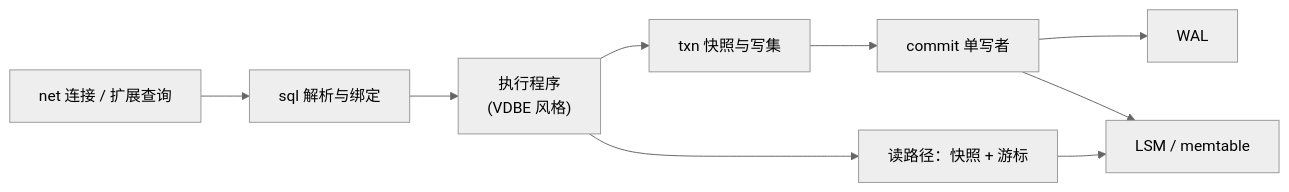
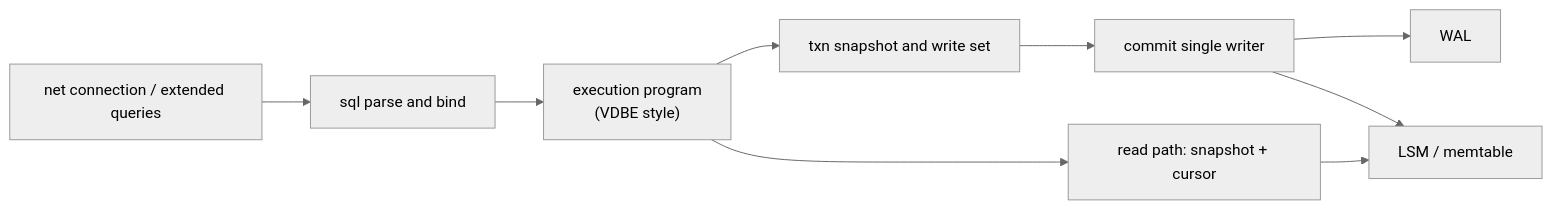
Before and after one commit to viloris-org/Pico: the first of 2 diagrams in docs/architecture/vdbe.md, drawn with Mermaid (neutral theme). The commit also changed other lines of this file and 30 other files, not shown here.

````diff
--- a/docs/architecture/vdbe.md
+++ b/docs/architecture/vdbe.md
@@ -36,11 +37,11 @@
 ```mermaid
 flowchart LR
-  net["net 连接 / 扩展查询"] --> prep["sql 解析与绑定"]
-  prep --> prog["执行程序\n(VDBE 风格)"]
-  prog --> txn["txn 快照与写集"]
-  prog --> read["读路径：快照 + 游标"]
-  txn --> commit["commit 单写者"]
+  net["net connection / extended queries"] --> prep["sql parse and bind"]
+  prep --> prog["execution program\n(VDBE style)"]
+  prog --> txn["txn snapshot and write set"]
+  prog --> read["read path: snapshot + cursor"]
+  txn --> commit["commit single writer"]
   read --> lsm["LSM / memtable"]
   commit --> wal["WAL"]
   commit --> lsm
 ```
````
